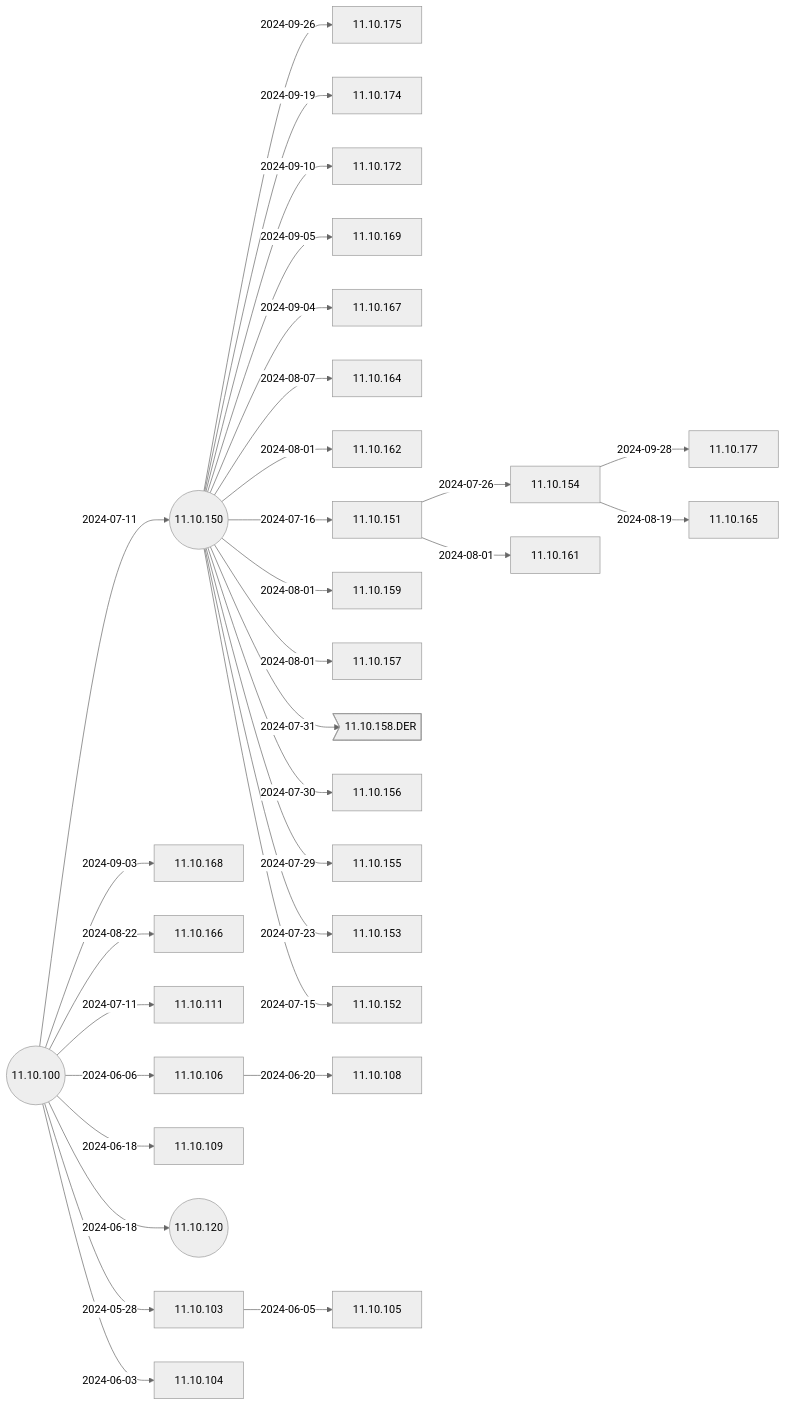
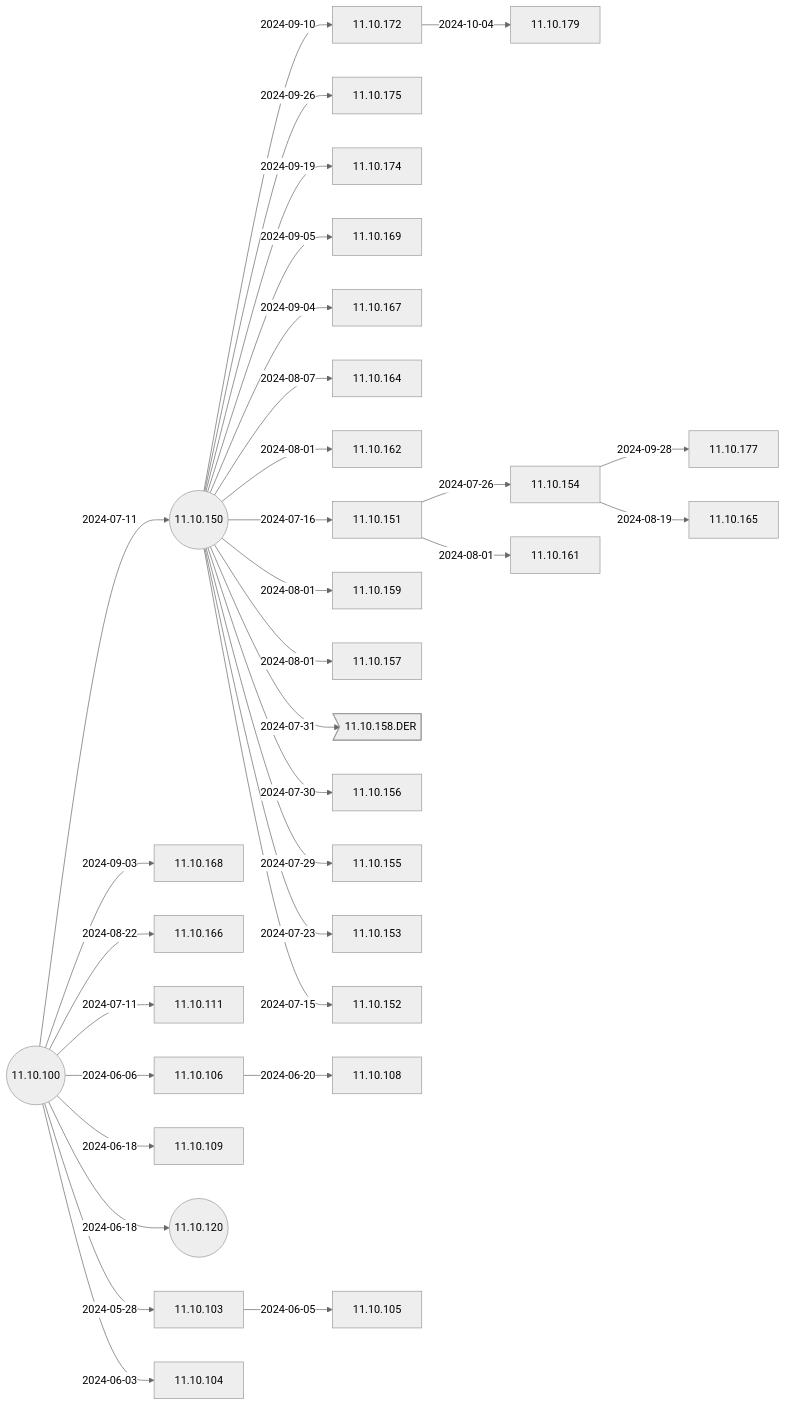
Before and after one commit to IGEL-Community/IGEL-Docs-v02: the second of 6 diagrams in docs/Docs/ReleaseNotes/01-OS11/README.md, drawn with Mermaid (neutral theme). The commit also changed 2 other files, not shown here.

Commit message:
11.10.179 < 11.10.172 11.10.179 < 11.10.172

````diff
--- a/docs/Docs/ReleaseNotes/01-OS11/README.md
+++ b/docs/Docs/ReleaseNotes/01-OS11/README.md
@@ -41,65 +41,67 @@
 ```mermaid
 flowchart LR
+    11.10.172-- 2024-10-04 -->11.10.179
     11.10.154-- 2024-09-28 -->11.10.177
     11.10.150-- 2024-09-26 -->11.10.175
     11.10.150-- 2024-09-19 -->11.10.174
     11.10.150-- 2024-09-10 -->11.10.172
     11.10.150-- 2024-09-05 -->11.10.169
     11.10.150-- 2024-09-04 -->11.10.167
     11.10.100-- 2024-09-03 -->11.10.168
     11.10.100-- 2024-08-22 -->11.10.166
     11.10.154-- 2024-08-19 -->11.10.165
     11.10.150-- 2024-08-07 -->11.10.164
     11.10.150-- 2024-08-01 -->11.10.162
     11.10.151-- 2024-08-01 -->11.10.161
     11.10.150-- 2024-08-01 -->11.10.159
     11.10.150-- 2024-08-01 -->11.10.157
     11.10.150-- 2024-07-31 -->11.10.158.DER>11.10.158.DER]
     11.10.150-- 2024-07-30 -->11.10.156
     11.10.150-- 2024-07-29 -->11.10.155
     11.10.151-- 2024-07-26 -->11.10.154
     11.10.150-- 2024-07-23 -->11.10.153
     11.10.150-- 2024-07-16 -->11.10.151
     11.10.150-- 2024-07-15 -->11.10.152
     11.10.100-- 2024-07-11 -->11.10.150((11.10.150))
     11.10.100-- 2024-07-11 -->11.10.111
     11.10.106-- 2024-06-20 -->11.10.108
     11.10.100-- 2024-06-18 -->11.10.109
     11.10.100-- 2024-06-18 -->11.10.120((11.10.120))
     11.10.100-- 2024-06-06 -->11.10.106
     11.10.103-- 2024-06-05 -->11.10.105
     11.10.100-- 2024-06-03 -->11.10.104
     11.10.100-- 2024-05-28 -->11.10.103
     11.10.100((11.10.100))
+    click 11.10.179 "https://github.com/IGEL-Community/IGEL-Docs-v02/tree/main/docs/Docs/ReleaseNotes/01-OS11/readme11.10.179.txt" _blank
     click 11.10.177 "https://github.com/IGEL-Community/IGEL-Docs-v02/tree/main/docs/Docs/ReleaseNotes/01-OS11/readme11.10.177.txt" _blank
     click 11.10.175 "https://github.com/IGEL-Community/IGEL-Docs-v02/tree/main/docs/Docs/ReleaseNotes/01-OS11/readme11.10.175.txt" _blank
     click 11.10.174 "https://github.com/IGEL-Community/IGEL-Docs-v02/tree/main/docs/Docs/ReleaseNotes/01-OS11/readme11.10.174.txt" _blank
     click 11.10.172 "https://github.com/IGEL-Community/IGEL-Docs-v02/tree/main/docs/Docs/ReleaseNotes/01-OS11/readme11.10.172.txt" _blank
     click 11.10.169 "https://github.com/IGEL-Community/IGEL-Docs-v02/tree/main/docs/Docs/ReleaseNotes/01-OS11/readme11.10.169.txt" _blank
     click 11.10.167 "https://github.com/IGEL-Community/IGEL-Docs-v02/tree/main/docs/Docs/ReleaseNotes/01-OS11/readme11.10.167.txt" _blank
     click 11.10.168 "https://github.com/IGEL-Community/IGEL-Docs-v02/tree/main/docs/Docs/ReleaseNotes/01-OS11/readme11.10.168.txt" _blank
     click 11.10.166 "https://github.com/IGEL-Community/IGEL-Docs-v02/tree/main/docs/Docs/ReleaseNotes/01-OS11/readme11.10.166.txt" _blank
     click 11.10.165 "https://github.com/IGEL-Community/IGEL-Docs-v02/tree/main/docs/Docs/ReleaseNotes/01-OS11/readme11.10.165.txt" _blank
     click 11.10.164 "https://github.com/IGEL-Community/IGEL-Docs-v02/tree/main/docs/Docs/ReleaseNotes/01-OS11/readme11.10.164.txt" _blank
     click 11.10.162 "https://github.com/IGEL-Community/IGEL-Docs-v02/tree/main/docs/Docs/ReleaseNotes/01-OS11/readme11.10.162.txt" _blank
     click 11.10.161 "https://github.com/IGEL-Community/IGEL-Docs-v02/tree/main/docs/Docs/ReleaseNotes/01-OS11/readme11.10.161.txt" _blank
     click 11.10.159 "https://github.com/IGEL-Community/IGEL-Docs-v02/tree/main/docs/Docs/ReleaseNotes/01-OS11/readme11.10.159.txt" _blank
     click 11.10.157 "https://github.com/IGEL-Community/IGEL-Docs-v02/tree/main/docs/Docs/ReleaseNotes/01-OS11/readme11.10.157.txt" _blank
     click 11.10.158.DER "https://github.com/IGEL-Community/IGEL-Docs-v02/tree/main/docs/Docs/ReleaseNotes/01-OS11/readme11.10.158.DER.txt" _blank
     click 11.10.156 "https://github.com/IGEL-Community/IGEL-Docs-v02/tree/main/docs/Docs/ReleaseNotes/01-OS11/readme11.10.156.txt" _blank
     click 11.10.155 "https://github.com/IGEL-Community/IGEL-Docs-v02/tree/main/docs/Docs/ReleaseNotes/01-OS11/readme11.10.155.txt" _blank
     click 11.10.154 "https://github.com/IGEL-Community/IGEL-Docs-v02/tree/main/docs/Docs/ReleaseNotes/01-OS11/readme11.10.154.txt" _blank
     click 11.10.153 "https://github.com/IGEL-Community/IGEL-Docs-v02/tree/main/docs/Docs/ReleaseNotes/01-OS11/readme11.10.153.txt" _blank
     click 11.10.151 "https://github.com/IGEL-Community/IGEL-Docs-v02/tree/main/docs/Docs/ReleaseNotes/01-OS11/readme11.10.151.txt" _blank
     click 11.10.152 "https://github.com/IGEL-Community/IGEL-Docs-v02/tree/main/docs/Docs/ReleaseNotes/01-OS11/readme11.10.152.txt" _blank
     click 11.10.111 "https://github.com/IGEL-Community/IGEL-Docs-v02/tree/main/docs/Docs/ReleaseNotes/01-OS11/readme11.10.111.txt" _blank
     click 11.10.150 "https://github.com/IGEL-Community/IGEL-Docs-v02/tree/main/docs/Docs/ReleaseNotes/01-OS11/readme11.10.150.txt" _blank
     click 11.10.108 "https://github.com/IGEL-Community/IGEL-Docs-v02/tree/main/docs/Docs/ReleaseNotes/01-OS11/readme11.10.108.txt" _blank
     click 11.10.109 "https://github.com/IGEL-Community/IGEL-Docs-v02/tree/main/docs/Docs/ReleaseNotes/01-OS11/readme11.10.109.txt" _blank
     click 11.10.120 "https://github.com/IGEL-Community/IGEL-Docs-v02/tree/main/docs/Docs/ReleaseNotes/01-OS11/readme11.10.120.txt" _blank
     click 11.10.106 "https://github.com/IGEL-Community/IGEL-Docs-v02/tree/main/docs/Docs/ReleaseNotes/01-OS11/readme11.10.106.txt" _blank
     click 11.10.105 "https://github.com/IGEL-Community/IGEL-Docs-v02/tree/main/docs/Docs/ReleaseNotes/01-OS11/readme11.10.105.txt" _blank
     click 11.10.104 "https://github.com/IGEL-Community/IGEL-Docs-v02/tree/main/docs/Docs/ReleaseNotes/01-OS11/readme11.10.104.txt" _blank
     click 11.10.103 "https://github.com/IGEL-Community/IGEL-Docs-v02/tree/main/docs/Docs/ReleaseNotes/01-OS11/readme11.10.103.txt" _blank
     click 11.10.100 "https://github.com/IGEL-Community/IGEL-Docs-v02/tree/main/docs/Docs/ReleaseNotes/01-OS11/readme11.10.100.txt" _blank
 ```
````
